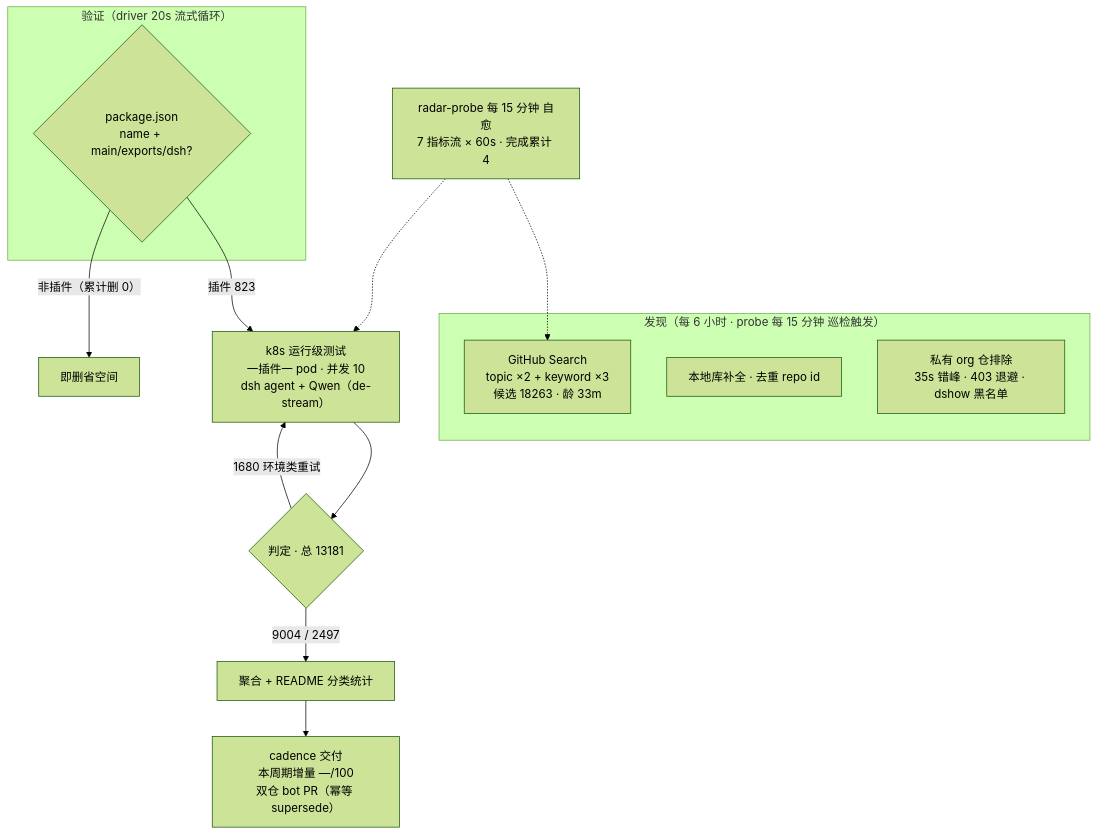
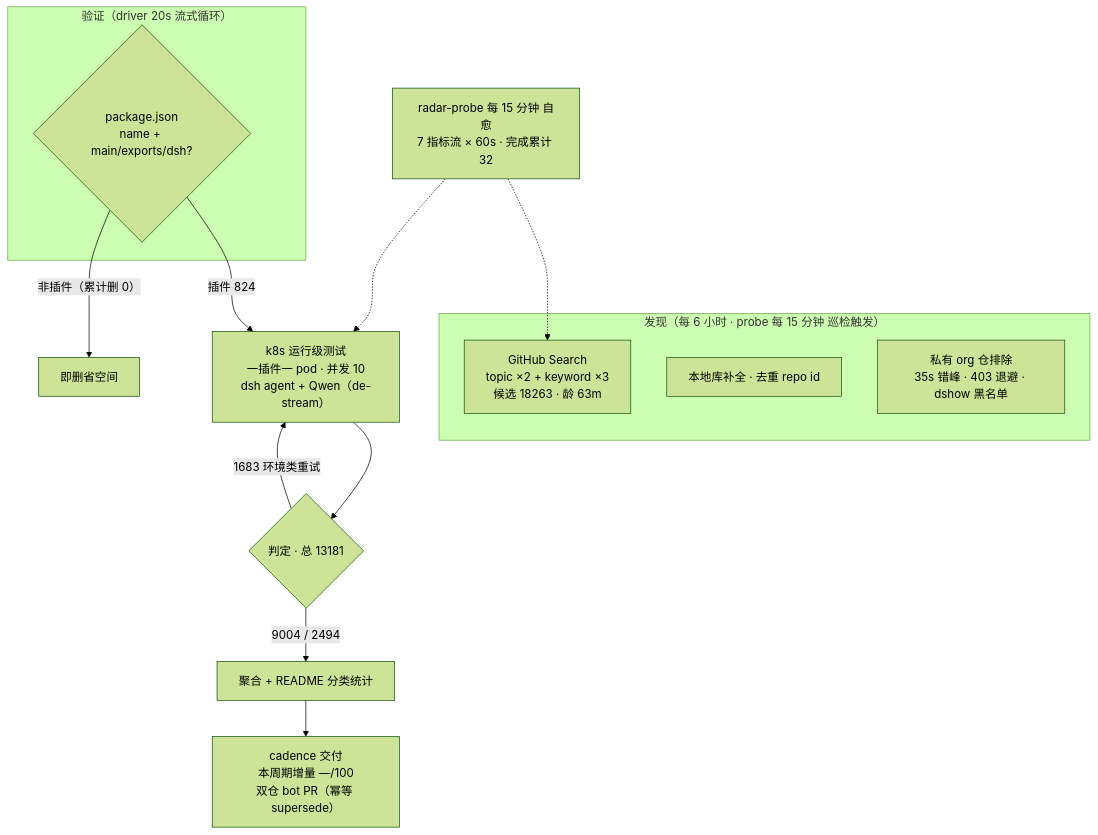
Before and after one commit to AdamPlatin123/awesome-dsh-plugins: the diagram in README.md, drawn with Mermaid (forest theme). The commit also changed other lines of this file and 5 other files, not shown here.

````diff
--- a/README.md
+++ b/README.md
@@ -52,20 +52,20 @@
 ```mermaid
 flowchart TB
     subgraph Discovery["发现（每 6 小时 · probe 每 15 分钟 巡检触发）"]
-        A1["GitHub Search<br/>topic ×2 + keyword ×3<br/>候选 18263 · 龄 33m"]
+        A1["GitHub Search<br/>topic ×2 + keyword ×3<br/>候选 18263 · 龄 63m"]
         A2["本地库补全 · 去重 repo id"]
         A3["私有 org 仓排除<br/>35s 错峰 · 403 退避 · dshow 黑名单"]
     end
     subgraph Validation["验证（driver 20s 流式循环）"]
         B1{"package.json<br/>name + main/exports/dsh?"}
     end
-    B1 -->|"插件 823"| C1["k8s 运行级测试<br/>一插件一 pod · 并发 10<br/>dsh agent + Qwen（de-stream）"]
+    B1 -->|"插件 824"| C1["k8s 运行级测试<br/>一插件一 pod · 并发 10<br/>dsh agent + Qwen（de-stream）"]
     B1 -->|"非插件（累计删 0）"| B3["即删省空间"]
     C1 --> D1{"判定 · 总 13181"}
-    D1 -->|"9004 / 2497"| E1["聚合 + README 分类统计"]
-    D1 -->|"1680 环境类重试"| C1
+    D1 -->|"9004 / 2494"| E1["聚合 + README 分类统计"]
+    D1 -->|"1683 环境类重试"| C1
     E1 --> E2["cadence 交付<br/>本周期增量 —/100<br/>双仓 bot PR（幂等 supersede）"]
-    M["radar-probe 每 15 分钟 自愈<br/>7 指标流 × 60s · 完成累计 4"]
+    M["radar-probe 每 15 分钟 自愈<br/>7 指标流 × 60s · 完成累计 32"]
     M -.-> A1
     M -.-> C1
 ```
````
